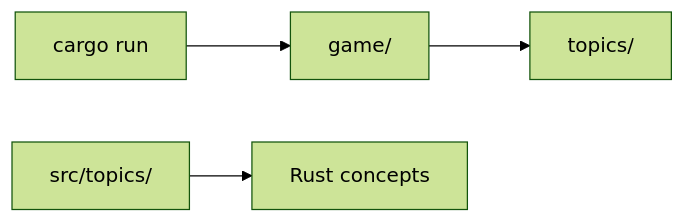
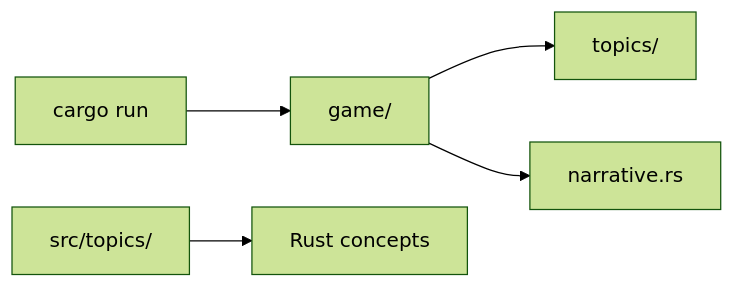
Before and after one commit to EazyTom/rust-quest: the second of 2 diagrams in README.md, drawn with Mermaid (forest theme). The commit also changed other lines of this file and 7 other files, not shown here.

````diff
--- a/README.md
+++ b/README.md
@@ -162,6 +213,7 @@
 ```mermaid
 flowchart LR
     Play[cargo run] --> Game[game/]
     Read[src/topics/] --> Learn[Rust concepts]
     Game --> Topics[topics/]
+    Game --> Narrative[narrative.rs]
 ```
````
